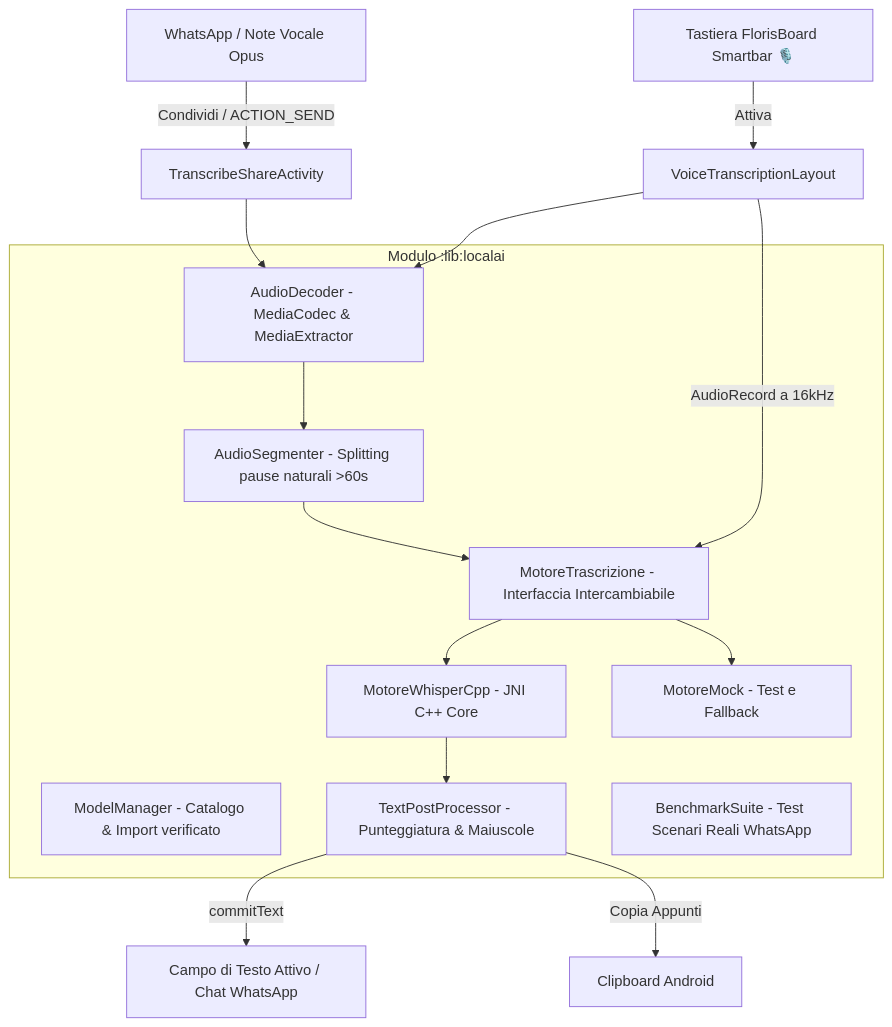
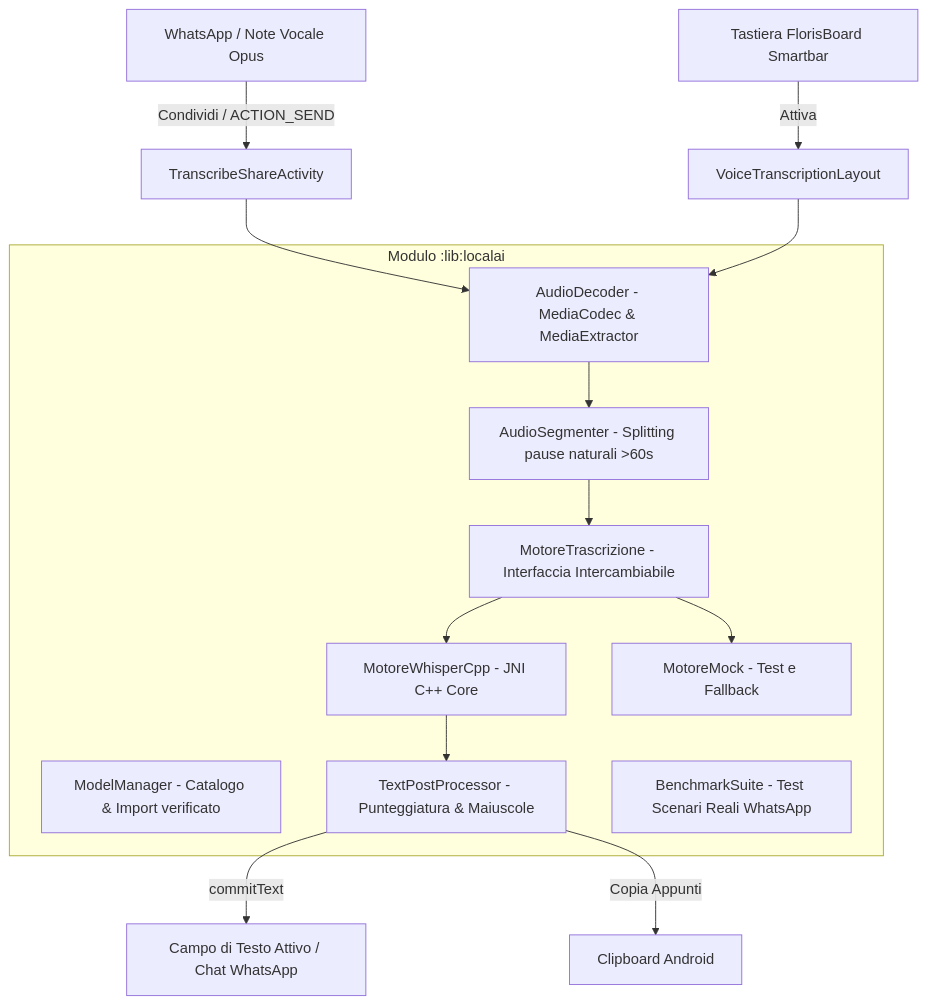
The diagram in README_LOCALAI.md (donatogranvilla/PoldoKeyboard), drawn with Mermaid before and after one commit. The commit also changed other lines of this file and 4 other files, not shown here.

````diff
--- a/README_LOCALAI.md
+++ b/README_LOCALAI.md
@@ -16,27 +16,26 @@
 ```mermaid
 graph TD
     A[WhatsApp / Note Vocale Opus] -->|Condividi / ACTION_SEND| B[TranscribeShareActivity]
-    C[Tastiera FlorisBoard Smartbar 🎙️] -->|Attiva| D[VoiceTranscriptionLayout]
+    C[Tastiera FlorisBoard Smartbar] -->|Attiva| D[VoiceTranscriptionLayout]
 
     subgraph "Modulo :lib:localai"
         E[AudioDecoder - MediaCodec & MediaExtractor]
         F[AudioSegmenter - Splitting pause naturali >60s]
         G[MotoreTrascrizione - Interfaccia Intercambiabile]
         H[MotoreWhisperCpp - JNI C++ Core]
         I[MotoreMock - Test e Fallback]
         J[ModelManager - Catalogo & Import verificato]
         K[TextPostProcessor - Punteggiatura & Maiuscole]
         L[BenchmarkSuite - Test Scenari Reali WhatsApp]
     end
 
     B --> E
     D --> E
-    D -->|AudioRecord a 16kHz| G
     E --> F
     F --> G
     G --> H
     G --> I
     H --> K
     K -->|commitText| M[Campo di Testo Attivo / Chat WhatsApp]
     K -->|Copia Appunti| N[Clipboard Android]
 ```
````
